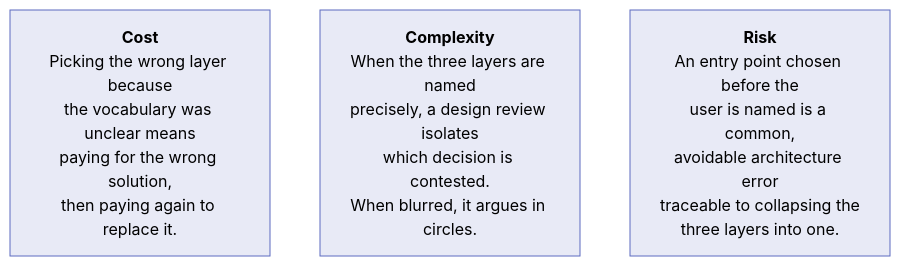
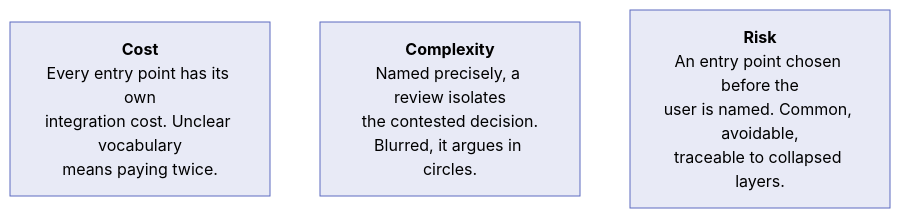
One commit to shreyabaid007/Claude-Certified-Architect changed the first of 4 diagrams in Professional/01-Claude-Platform-and-Solution-Design/02-Platform-Map-and-Primitives.md. Above: the diagram before and after it, drawn with Mermaid. The commit also changed other lines of this file and 4 other files, not shown here.

````diff
--- a/Professional/01-Claude-Platform-and-Solution-Design/02-Platform-Map-and-Primitives.md
+++ b/Professional/01-Claude-Platform-and-Solution-Design/02-Platform-Map-and-Primitives.md
@@ -25,10 +46,10 @@
 ```mermaid
 flowchart LR
     classDef risk fill:#e8eaf6,stroke:#5c6bc0,color:#000
 
-    C["<b>Cost</b><br/>Picking the wrong layer because<br/>the vocabulary was unclear means<br/>paying for the wrong solution,<br/>then paying again to replace it."]:::risk
-    X["<b>Complexity</b><br/>When the three layers are named<br/>precisely, a design review isolates<br/>which decision is contested.<br/>When blurred, it argues in circles."]:::risk
-    R["<b>Risk</b><br/>An entry point chosen before the<br/>user is named is a common,<br/>avoidable architecture error<br/>traceable to collapsing the<br/>three layers into one."]:::risk
+    C["<b>Cost</b><br/>Every entry point has its own<br/>integration cost. Unclear vocabulary<br/>means paying twice."]:::risk
+    X["<b>Complexity</b><br/>Named precisely, a review isolates<br/>the contested decision.<br/>Blurred, it argues in circles."]:::risk
+    R["<b>Risk</b><br/>An entry point chosen before the<br/>user is named. Common, avoidable,<br/>traceable to collapsed layers."]:::risk
 
     C ~~~ X ~~~ R
 ```
````
